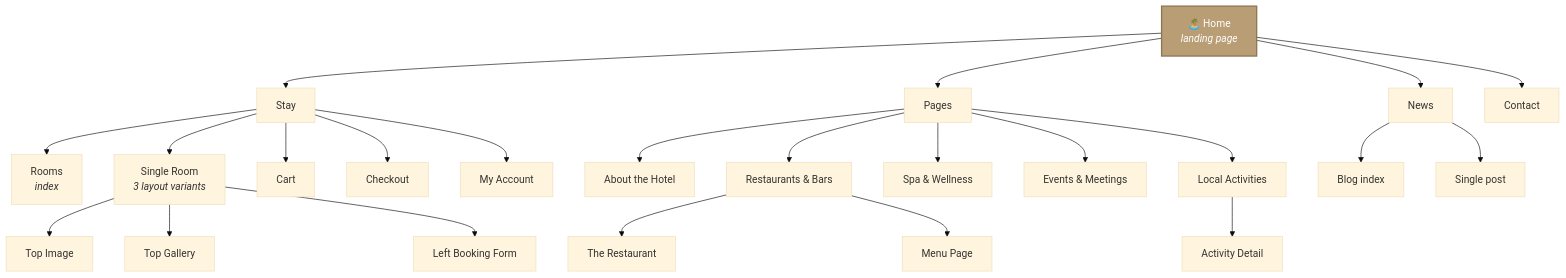
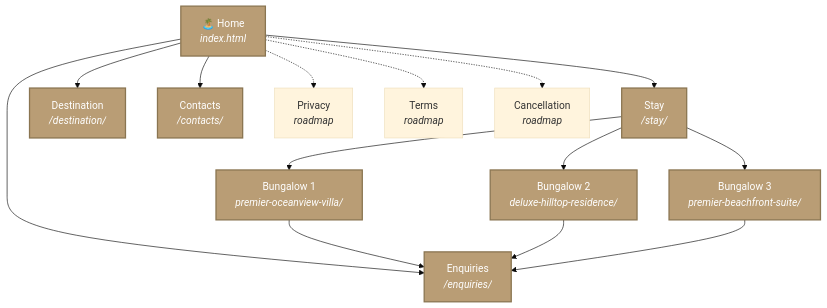
The first of 2 diagrams in SITEMAP.md (NoobCoder1209/vayana-bungalows), drawn with Mermaid (base theme) before and after one commit. The commit also changed other lines of this file and 18 other files, not shown here.

````diff
--- a/SITEMAP.md
+++ b/SITEMAP.md
@@ -11,34 +11,23 @@
 ```mermaid
 graph TD
-    Home["🏝️ Home<br/><i>landing page</i>"]:::built
+    Home["🏝️ Home<br/><i>index.html</i>"]:::built
 
-    Home --> Stay["Stay"]
-    Home --> Pages["Pages"]
-    Home --> News["News"]
-    Home --> Contact["Contact"]
+    Home --> Stay["Stay<br/><i>/stay/</i>"]:::built
+    Home --> Dest["Destination<br/><i>/destination/</i>"]:::built
+    Home --> Contacts["Contacts<br/><i>/contacts/</i>"]:::built
+    Home --> Enq["Enquiries<br/><i>/enquiries/</i>"]:::built
 
-    Stay --> Rooms["Rooms<br/><i>index</i>"]
-    Stay --> SingleRoom["Single Room<br/><i>3 layout variants</i>"]
-    Stay --> Cart["Cart"]
-    Stay --> Checkout["Checkout"]
-    Stay --> Account["My Account"]
+    Stay --> B1["Bungalow 1<br/><i>premier-oceanview-villa/</i>"]:::built
+    Stay --> B2["Bungalow 2<br/><i>deluxe-hilltop-residence/</i>"]:::built
+    Stay --> B3["Bungalow 3<br/><i>premier-beachfront-suite/</i>"]:::built
 
-    SingleRoom --> R1["Top Image"]
-    SingleRoom --> R2["Top Gallery"]
-    SingleRoom --> R3["Left Booking Form"]
+    B1 --> Enq
+    B2 --> Enq
+    B3 --> Enq
 
-    Pages --> About["About the Hotel"]
-    Pages --> Restaurants["Restaurants & Bars"]
-    Pages --> Spa["Spa & Wellness"]
-    Pages --> Events["Events & Meetings"]
-    Pages --> Activities["Local Activities"]
-
-    Restaurants --> Restaurant1["The Restaurant"]
-    Restaurants --> Menu["Menu Page"]
-    Activities --> ActivityDetail["Activity Detail"]
-
-    News --> NewsIndex["Blog index"]
-    News --> NewsPost["Single post"]
+    Home -.-> Privacy["Privacy<br/><i>roadmap</i>"]
+    Home -.-> Terms["Terms<br/><i>roadmap</i>"]
+    Home -.-> Cancel["Cancellation<br/><i>roadmap</i>"]
 
     classDef built fill:#b99d75,stroke:#8a7551,color:#fff,stroke-width:2px
 ```
````
